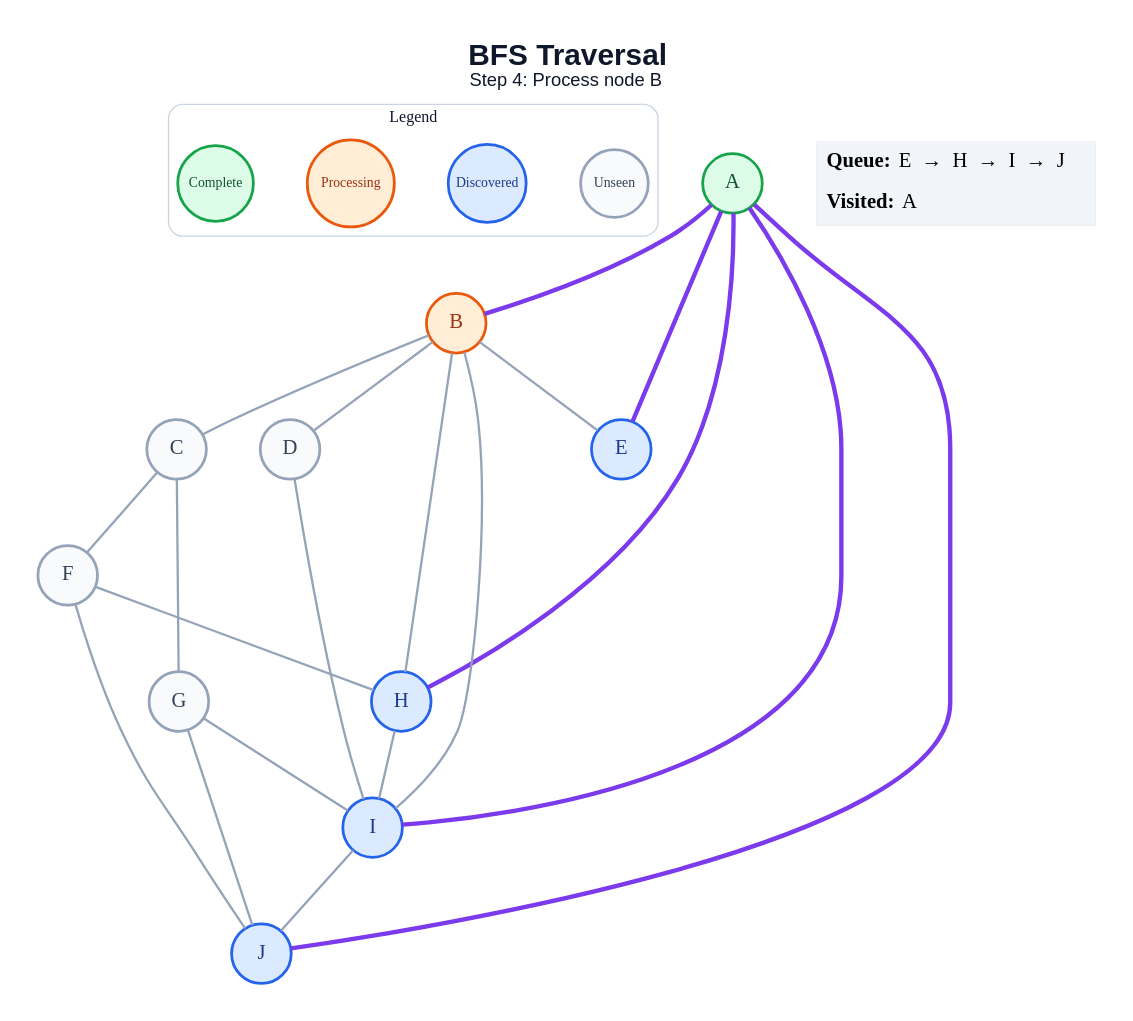
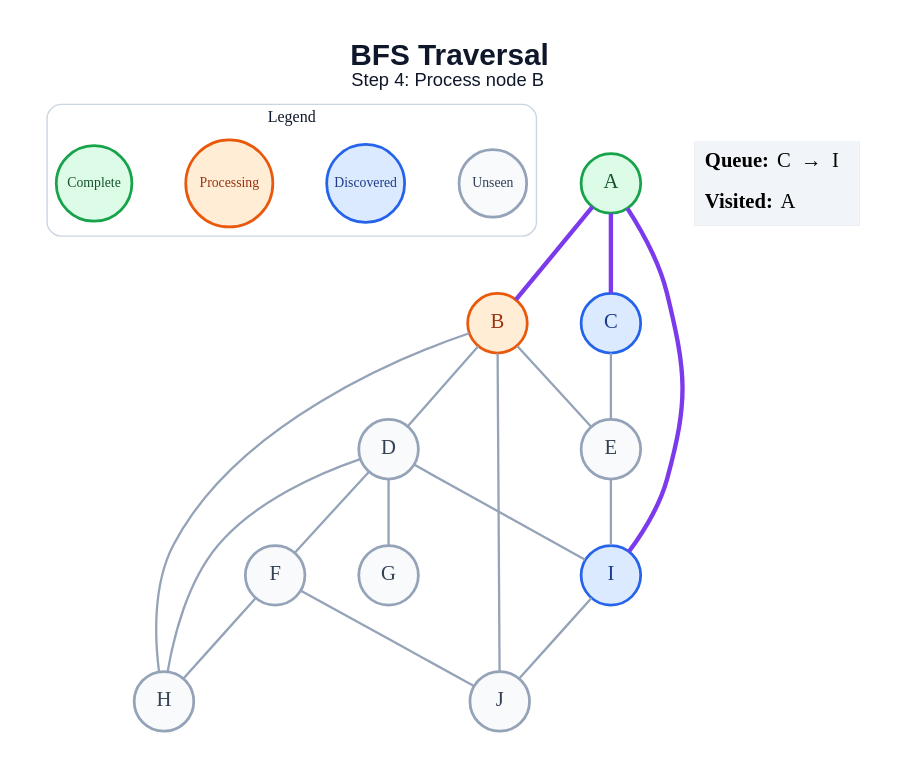
One commit to amanghodawala9/ai-slop changed the diagram in generated/bfs/step_04.dot. Above: the diagram before and after it, drawn with Graphviz. The commit also changed 178 other files, not shown here.

```diff
--- a/generated/bfs/step_04.dot
+++ b/generated/bfs/step_04.dot
@@ -1,48 +1,45 @@
 graph traversal {
   graph [layout=dot, rankdir=TB, bgcolor="#FFFFFF", pad="0.35", nodesep="0.65", ranksep="0.8", fontname="Arial"];
   node [shape=circle, style="filled", fontname="Arial Bold", fontsize=18, width=0.72, fixedsize=true, penwidth=2.4];
   edge [color="#94A3B8", penwidth=2.0];
   label=<<B>BFS Traversal</B><BR/><FONT POINT-SIZE="16">Step 4: Process node B</FONT>>; labelloc="t"; fontsize=26; fontname="Arial"; fontcolor="#0F172A";
   subgraph cluster_legend { label="Legend"; color="#CBD5E1"; penwidth=1.2; style="rounded"; fontsize=14; fontname="Arial Bold";
     key_unseen [label="Unseen", fillcolor="#F8FAFC", color="#94A3B8", fontcolor="#334155", fontsize=12, width=0.82];
     key_frontier [label="Discovered", fillcolor="#DBEAFE", color="#2563EB", fontcolor="#1E3A8A", fontsize=12, width=0.95];
     key_current [label="Processing", fillcolor="#FFEDD5", color="#EA580C", fontcolor="#9A3412", fontsize=12, width=1.05];
     key_done [label="Complete", fillcolor="#DCFCE7", color="#16A34A", fontcolor="#14532D", fontsize=12, width=0.92];
     { rank=same; key_unseen; key_frontier; key_current; key_done; }
   }
   A [fillcolor="#DCFCE7", color="#16A34A", fontcolor="#14532D"];
   B [fillcolor="#FFEDD5", color="#EA580C", fontcolor="#9A3412"];
-  C [fillcolor="#F8FAFC", color="#94A3B8", fontcolor="#334155"];
+  C [fillcolor="#DBEAFE", color="#2563EB", fontcolor="#1E3A8A"];
   D [fillcolor="#F8FAFC", color="#94A3B8", fontcolor="#334155"];
-  E [fillcolor="#DBEAFE", color="#2563EB", fontcolor="#1E3A8A"];
+  E [fillcolor="#F8FAFC", color="#94A3B8", fontcolor="#334155"];
   F [fillcolor="#F8FAFC", color="#94A3B8", fontcolor="#334155"];
   G [fillcolor="#F8FAFC", color="#94A3B8", fontcolor="#334155"];
-  H [fillcolor="#DBEAFE", color="#2563EB", fontcolor="#1E3A8A"];
+  H [fillcolor="#F8FAFC", color="#94A3B8", fontcolor="#334155"];
   I [fillcolor="#DBEAFE", color="#2563EB", fontcolor="#1E3A8A"];
-  J [fillcolor="#DBEAFE", color="#2563EB", fontcolor="#1E3A8A"];
+  J [fillcolor="#F8FAFC", color="#94A3B8", fontcolor="#334155"];
   A -- B [color="#7C3AED", penwidth=3.8];
-  A -- E [color="#7C3AED", penwidth=3.8];
-  A -- H [color="#7C3AED", penwidth=3.8];
+  A -- C [color="#7C3AED", penwidth=3.8];
   A -- I [color="#7C3AED", penwidth=3.8];
-  A -- J [color="#7C3AED", penwidth=3.8];
-  B -- C;
   B -- D;
   B -- E;
   B -- H;
-  B -- I;
-  C -- F;
-  C -- G;
+  B -- J;
+  C -- E;
+  D -- F;
+  D -- G;
+  D -- H;
   D -- I;
+  E -- I;
   F -- H;
   F -- J;
-  G -- I;
-  G -- J;
-  H -- I;
   I -- J;
   status [shape=plain, fixedsize=false, width=0, height=0, margin=0, label=<
     <TABLE BORDER="0" CELLBORDER="0" CELLPADDING="7" BGCOLOR="#F1F5F9">
-      <TR><TD ALIGN="LEFT"><B>Queue:</B> E  →  H  →  I  →  J</TD></TR>
+      <TR><TD ALIGN="LEFT"><B>Queue:</B> C  →  I</TD></TR>
       <TR><TD ALIGN="LEFT"><B>Visited:</B> A</TD></TR>
     </TABLE>
   >];
 }
```
